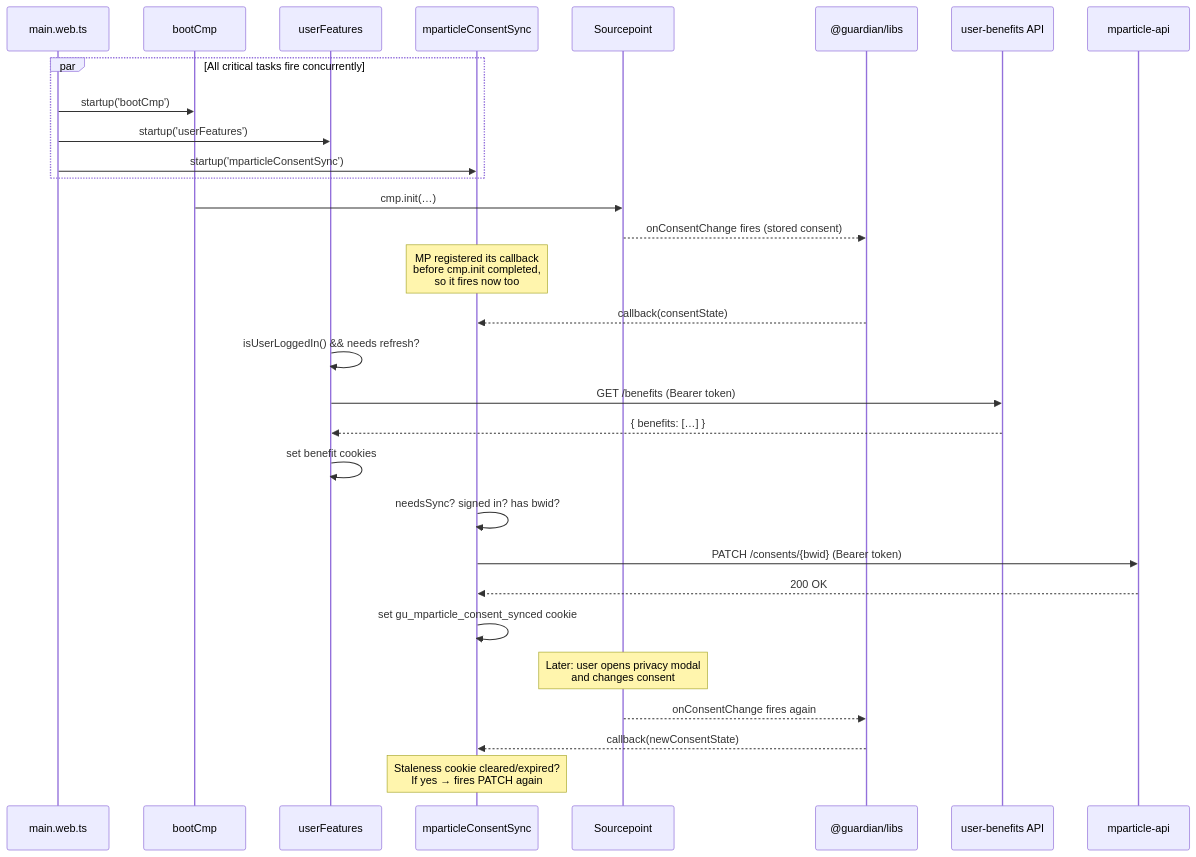
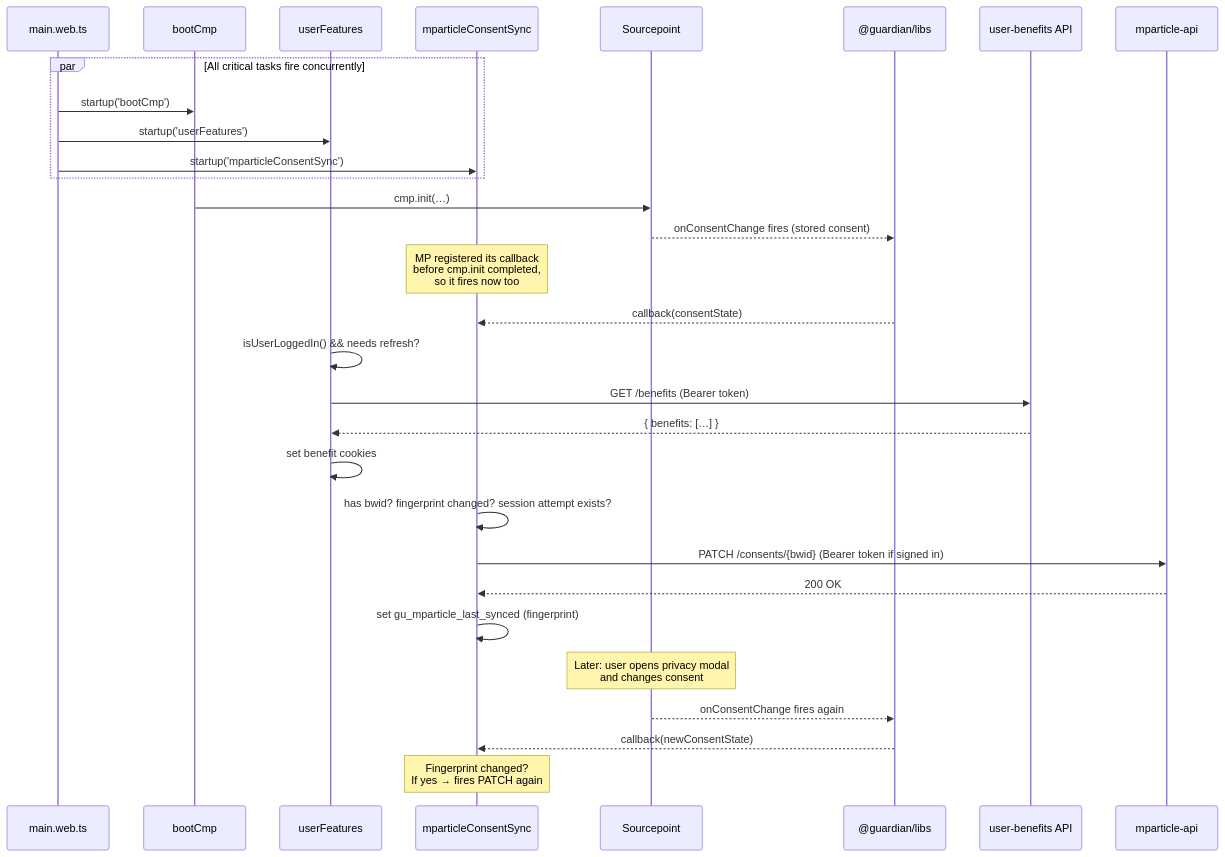
The fifth of 6 diagrams in dotcom-rendering/docs/mparticle-paid-media-integration.md (guardian/dotcom-rendering), drawn with Mermaid before and after one commit. The commit also changed other lines of this file and 1 other file, not shown here.

Commit message:
Update mParticle work tracking documentation: reflect changes in consent handling and API endpoint updates

````diff
--- a/dotcom-rendering/docs/mparticle-paid-media-integration.md
+++ b/dotcom-rendering/docs/mparticle-paid-media-integration.md
@@ -125,40 +130,40 @@
 ```mermaid
 sequenceDiagram
     participant MW as main.web.ts
     participant B as bootCmp
     participant UF as userFeatures
     participant MP as mparticleConsentSync
     participant SP as Sourcepoint
     participant Libs as @guardian/libs
     participant BAPI as user-benefits API
     participant MPAPI as mparticle-api
 
     par All critical tasks fire concurrently
         MW->>B: startup('bootCmp')
         MW->>UF: startup('userFeatures')
         MW->>MP: startup('mparticleConsentSync')
     end
 
     B->>SP: cmp.init(…)
     SP-->>Libs: onConsentChange fires (stored consent)
 
     Note over MP: MP registered its callback<br/>before cmp.init completed,<br/>so it fires now too
 
     Libs-->>MP: callback(consentState)
 
     UF->>UF: isUserLoggedIn() && needs refresh?
     UF->>BAPI: GET /benefits (Bearer token)
     BAPI-->>UF: { benefits: […] }
     UF->>UF: set benefit cookies
 
-    MP->>MP: needsSync? signed in? has bwid?
-    MP->>MPAPI: PATCH /consents/{bwid} (Bearer token)
+    MP->>MP: has bwid? fingerprint changed? session attempt exists?
+    MP->>MPAPI: PATCH /consents/{bwid} (Bearer token if signed in)
     MPAPI-->>MP: 200 OK
-    MP->>MP: set gu_mparticle_consent_synced cookie
+    MP->>MP: set gu_mparticle_last_synced (fingerprint)
 
     Note over SP: Later: user opens privacy modal<br/>and changes consent
 
     SP-->>Libs: onConsentChange fires again
     Libs-->>MP: callback(newConsentState)
-    Note over MP: Staleness cookie cleared/expired?<br/>If yes → fires PATCH again
+    Note over MP: Fingerprint changed?<br/>If yes → fires PATCH again
 ```
````
